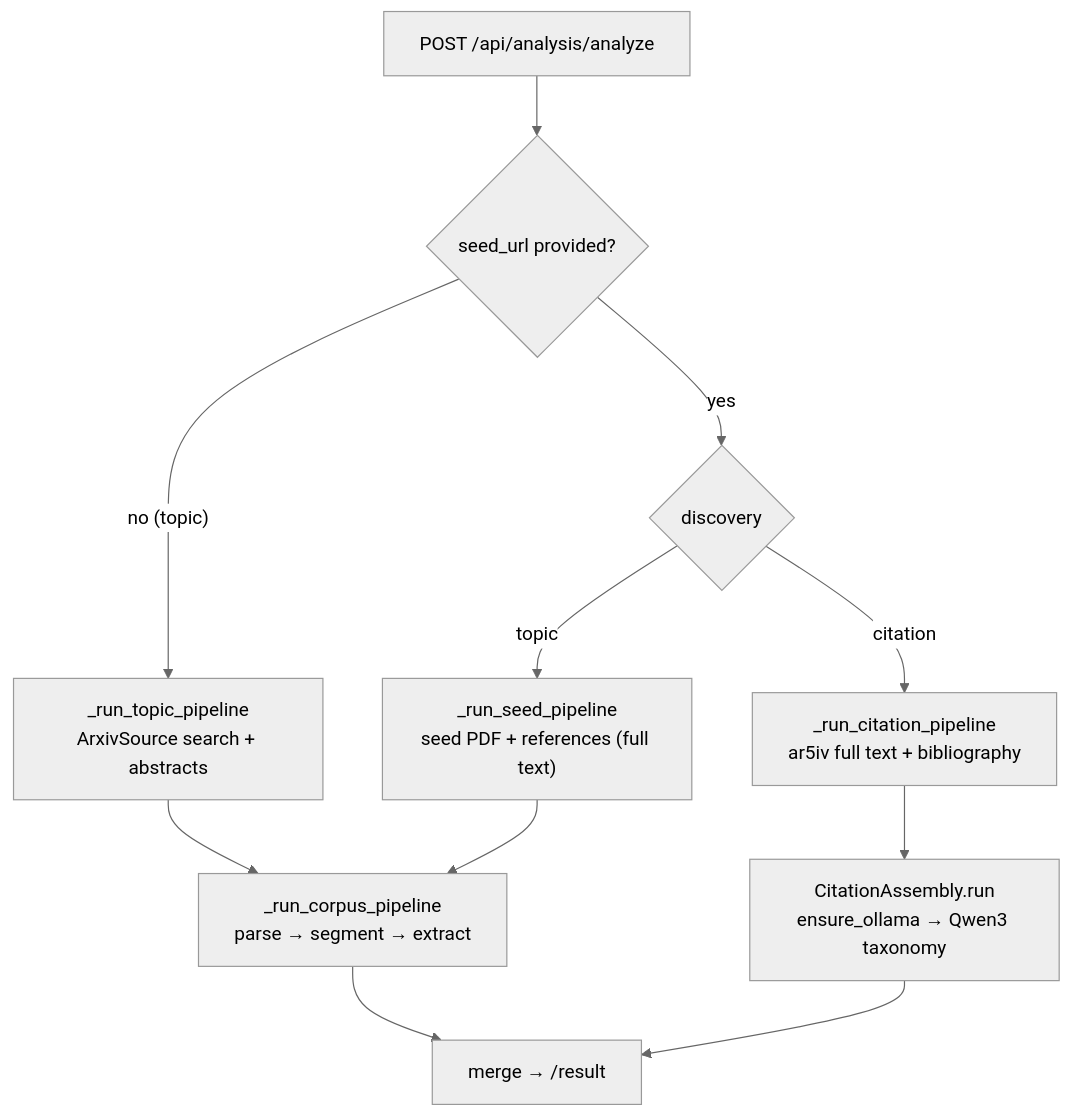
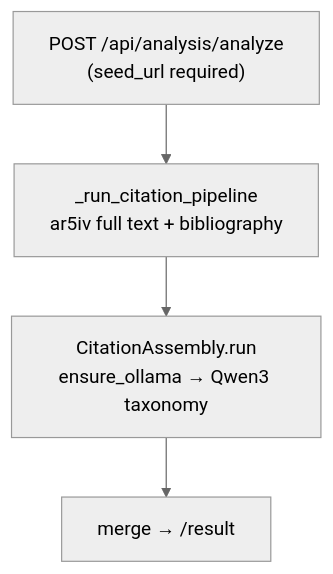
The third of 4 diagrams in docs/architecture/runtime.md (AlbertoVilla87/kgraph), drawn with Mermaid (neutral theme) before and after one commit. The commit also changed other lines of this file and 5 other files, not shown here.

Commit message:
:fire: Remove AutoDiscover topic mode, keep only citation-guided pipeline

````diff
--- a/docs/architecture/runtime.md
+++ b/docs/architecture/runtime.md
@@ -129,18 +129,6 @@
 ```mermaid
 flowchart TB
-    A["POST /api/analysis/analyze"] --> B{seed_url provided?}
-
-    B -- "yes" --> C{discovery}
-    B -- "no (topic)" --> T["_run_topic_pipeline<br/>ArxivSource search + abstracts"]
-
-    C -- "topic" --> S["_run_seed_pipeline<br/>seed PDF + references (full text)"]
-    C -- "citation" --> CIT["_run_citation_pipeline<br/>ar5iv full text + bibliography"]
-
-    T --> CORP
-    S --> CORP
+    A["POST /api/analysis/analyze<br/>(seed_url required)"] --> CIT["_run_citation_pipeline<br/>ar5iv full text + bibliography"]
     CIT --> RA["CitationAssembly.run<br/>ensure_ollama → Qwen3 taxonomy"]
-
-    CORP["_run_corpus_pipeline<br/>parse → segment → extract"]
-    CORP --> MERGE["merge → /result"]
-    RA --> MERGE
+    RA --> MERGE["merge → /result"]
 ```
````
